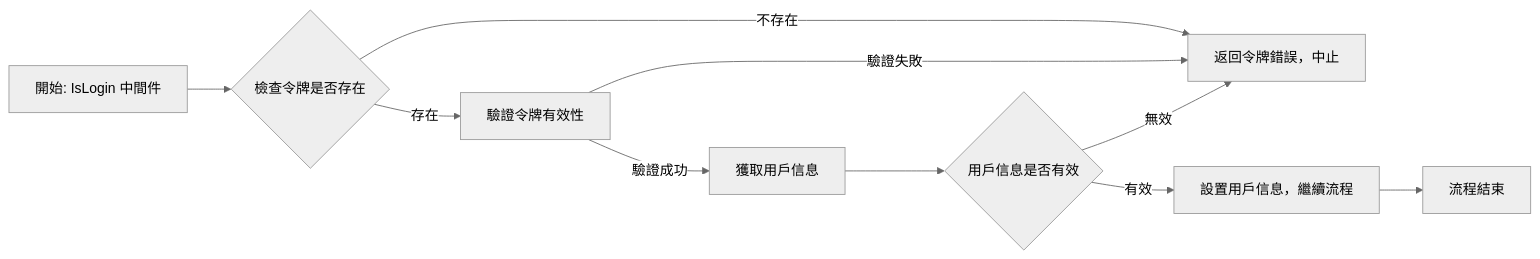
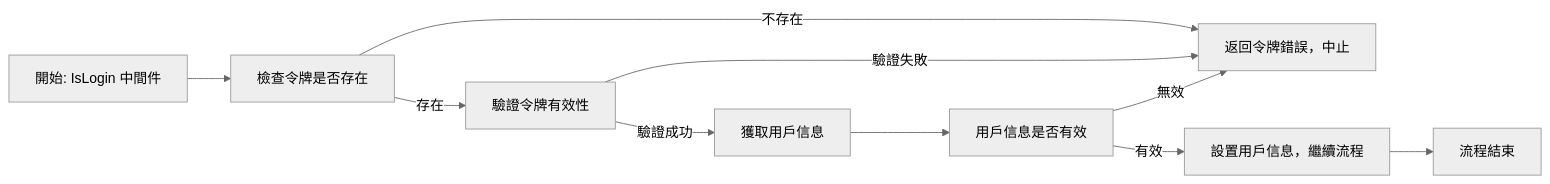
The fourth of 4 diagrams in README.md (rickylin614/im), drawn with Mermaid (neutral theme) before and after one commit.

Commit message:
docs: 修正符號

````diff
--- a/README.md
+++ b/README.md
@@ -66,12 +66,12 @@
 ```mermaid
 graph LR
-    A[開始: IsLogin 中間件] --> B{檢查令牌是否存在}
+    A[開始: IsLogin 中間件] --> B[檢查令牌是否存在]
     B -- 不存在 --> C[返回令牌錯誤，中止]
     B -- 存在 --> D[驗證令牌有效性]
     D -- 驗證失敗 --> C
     D -- 驗證成功 --> E[獲取用戶信息]
-    E --> F{用戶信息是否有效}
+    E --> F[用戶信息是否有效]
     F -- 無效 --> C
     F -- 有效 --> G[設置用戶信息，繼續流程]
     G --> H[流程結束]
 ```
````
